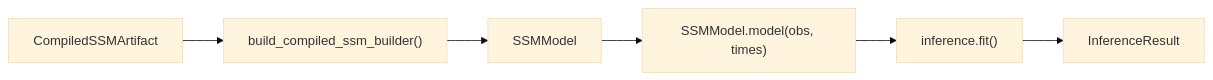
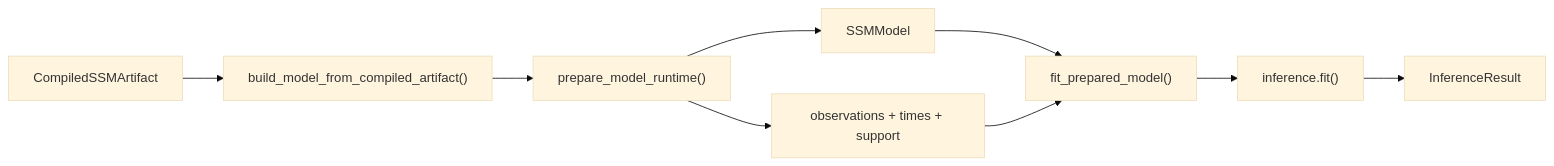
The diagram in docs/reference/estimation.md (ma9o/causal-ssm-agent), drawn with Mermaid (base theme) before and after one commit. The commit also changed other lines of this file and 73 other files, not shown here.

Commit message:
Remove monolithic ssm/builder.py and fold it into compile pipeline

````diff
--- a/docs/reference/estimation.md
+++ b/docs/reference/estimation.md
@@ -97,8 +97,11 @@
 ```mermaid
 flowchart LR
-    A["CompiledSSMArtifact"] --> B["build_compiled_ssm_builder()"]
-    B --> C["SSMModel"]
-    C --> D["SSMModel.model(obs, times)"]
-    D --> E["inference.fit()"]
-    E --> F["InferenceResult"]
+    A["CompiledSSMArtifact"] --> B["build_model_from_compiled_artifact()"]
+    B --> C["prepare_model_runtime()"]
+    C --> D["SSMModel"]
+    C --> E["observations + times + support"]
+    D --> F["fit_prepared_model()"]
+    E --> F
+    F --> G["inference.fit()"]
+    G --> H["InferenceResult"]
 ```
````
